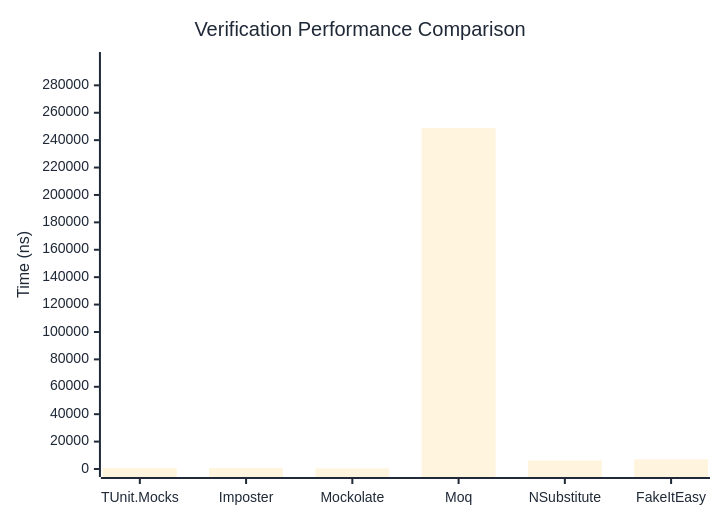
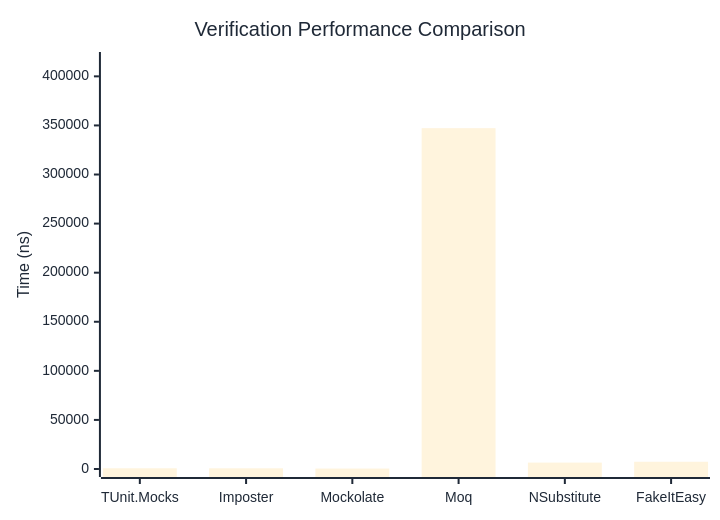
Before and after one commit to thomhurst/TUnit: the first of 3 diagrams in docs/docs/benchmarks/mocks/Verification.md, drawn with Mermaid. The commit also changed other lines of this file and 14 other files, not shown here.

````diff
--- a/docs/docs/benchmarks/mocks/Verification.md
+++ b/docs/docs/benchmarks/mocks/Verification.md
@@ -30,27 +30,27 @@
 ```mermaid
 %%{init: {
   'theme':'base',
   'themeVariables': {
     'primaryColor': '#2563eb',
     'primaryTextColor': '#1f2937',
     'primaryBorderColor': '#1e40af',
     'lineColor': '#6b7280',
     'secondaryColor': '#7c3aed',
     'tertiaryColor': '#dc2626',
     'background': '#ffffff',
     'pie1': '#2563eb',
     'pie2': '#7c3aed',
     'pie3': '#dc2626',
     'pie4': '#f59e0b',
     'pie5': '#10b981',
     'pie6': '#06b6d4',
     'pie7': '#ec4899',
     'pie8': '#6366f1'
   }
 }}%%
 xychart-beta
   title "Verification Performance Comparison"
   x-axis ["TUnit.Mocks", "Imposter", "Mockolate", "Moq", "NSubstitute", "FakeItEasy"]
-  y-axis "Time (ns)" 0 --> 298488
-  bar [810.43, 782.2, 416.61, 248739.96, 6206.62, 7054.87]
+  y-axis "Time (ns)" 0 --> 416658
+  bar [736.82, 710.31, 440.54, 347214.28, 6518.2, 7384.15]
 ```
````
